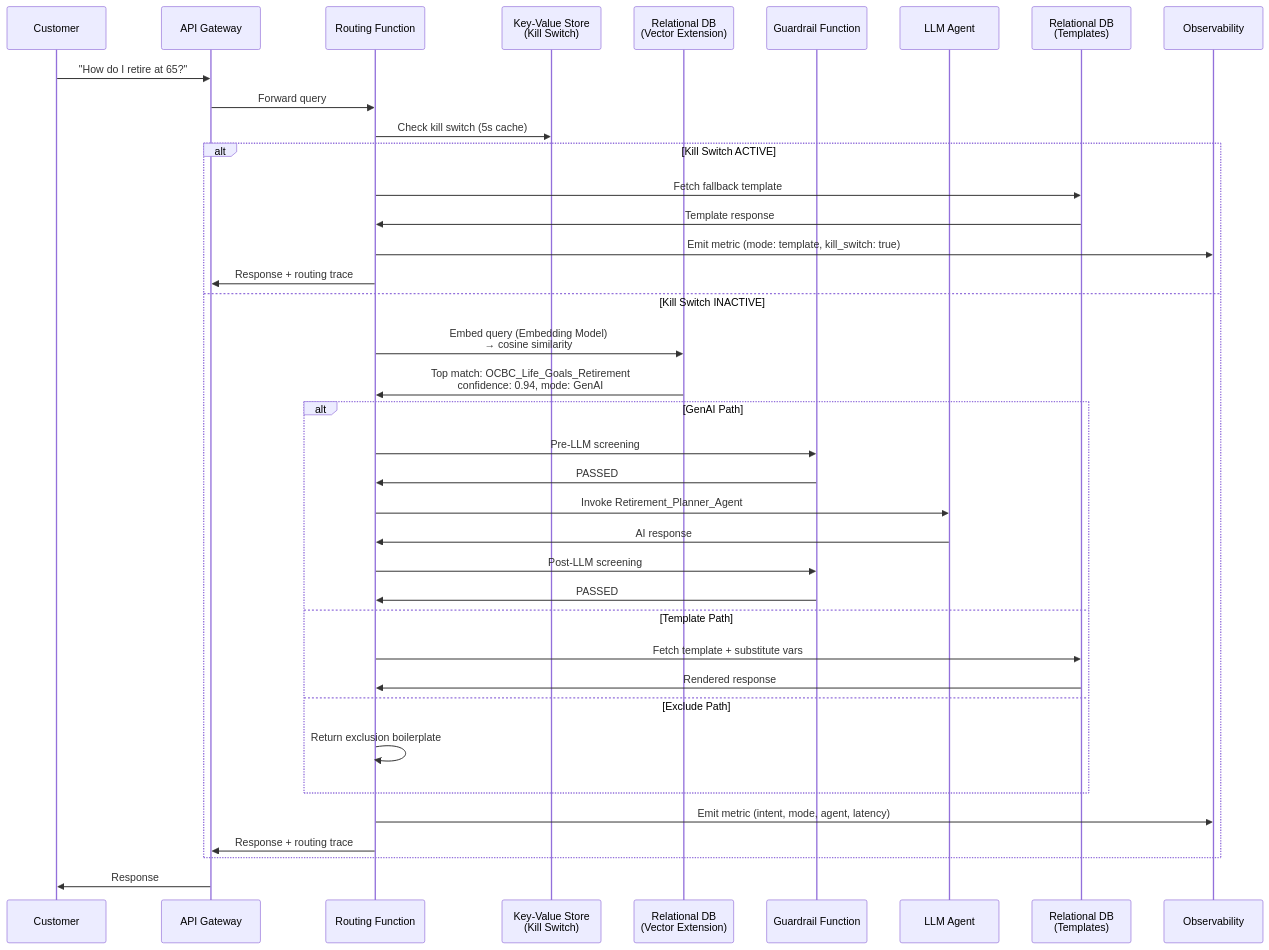
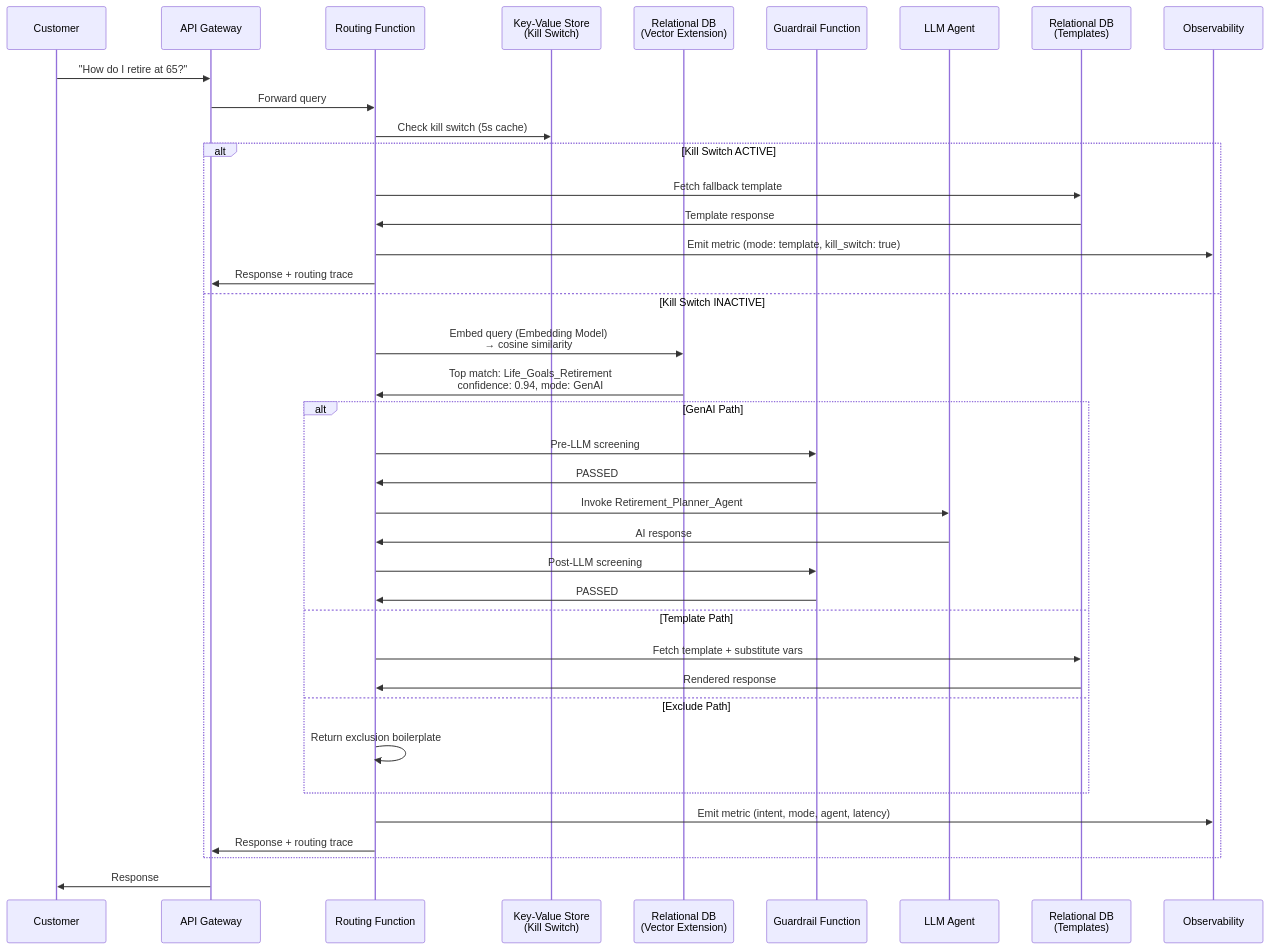
The eighth of 13 diagrams in docs/STRATEGY_VENDOR_AGNOSTIC.md (xiaodoushabing/chatbot-chat), drawn with Mermaid before and after one commit. The commit also changed other lines of this file and 2 other files, not shown here.

````diff
--- a/docs/STRATEGY_VENDOR_AGNOSTIC.md
+++ b/docs/STRATEGY_VENDOR_AGNOSTIC.md
@@ -415,46 +415,46 @@
 ```mermaid
 sequenceDiagram
     participant Customer
     participant GW as API Gateway
     participant Route as Routing Function
     participant KS as Key-Value Store<br/>(Kill Switch)
     participant VEC as Relational DB<br/>(Vector Extension)
     participant Guard as Guardrail Function
     participant Agent as LLM Agent
     participant Tmpl as Relational DB<br/>(Templates)
     participant Obs as Observability
 
     Customer->>GW: "How do I retire at 65?"
     GW->>Route: Forward query
 
     Route->>KS: Check kill switch (5s cache)
 
     alt Kill Switch ACTIVE
         Route->>Tmpl: Fetch fallback template
         Tmpl->>Route: Template response
         Route->>Obs: Emit metric (mode: template, kill_switch: true)
         Route->>GW: Response + routing trace
     else Kill Switch INACTIVE
         Route->>VEC: Embed query (Embedding Model)<br/>→ cosine similarity
-        VEC->>Route: Top match: OCBC_Life_Goals_Retirement<br/>confidence: 0.94, mode: GenAI
+        VEC->>Route: Top match: Life_Goals_Retirement<br/>confidence: 0.94, mode: GenAI
 
         alt GenAI Path
             Route->>Guard: Pre-LLM screening
             Guard->>Route: PASSED
             Route->>Agent: Invoke Retirement_Planner_Agent
             Agent->>Route: AI response
             Route->>Guard: Post-LLM screening
             Guard->>Route: PASSED
         else Template Path
             Route->>Tmpl: Fetch template + substitute vars
             Tmpl->>Route: Rendered response
         else Exclude Path
             Route->>Route: Return exclusion boilerplate
         end
 
         Route->>Obs: Emit metric (intent, mode, agent, latency)
         Route->>GW: Response + routing trace
     end
 
     GW->>Customer: Response
 ```
````
